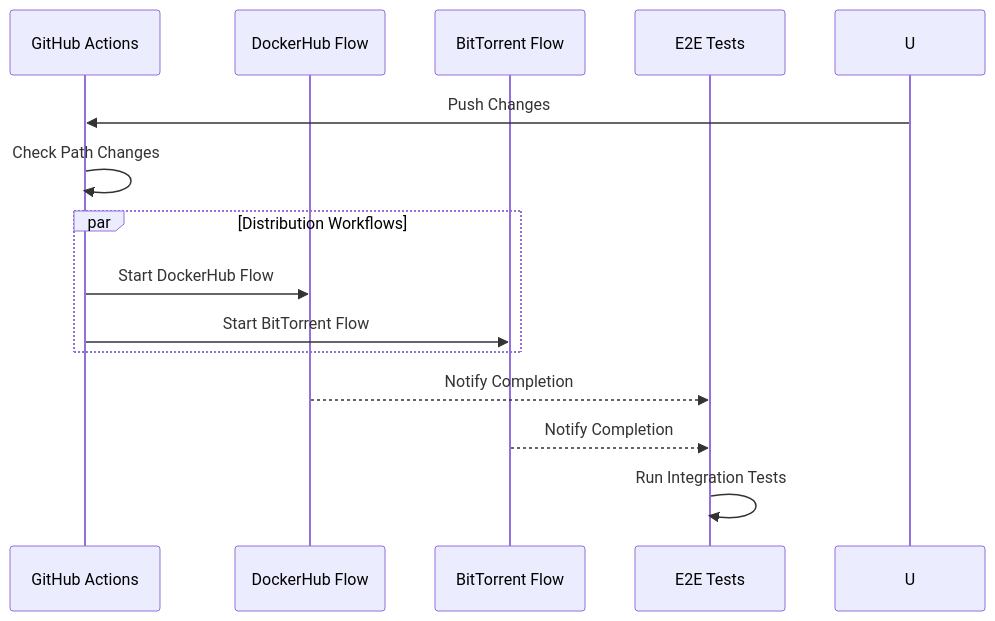
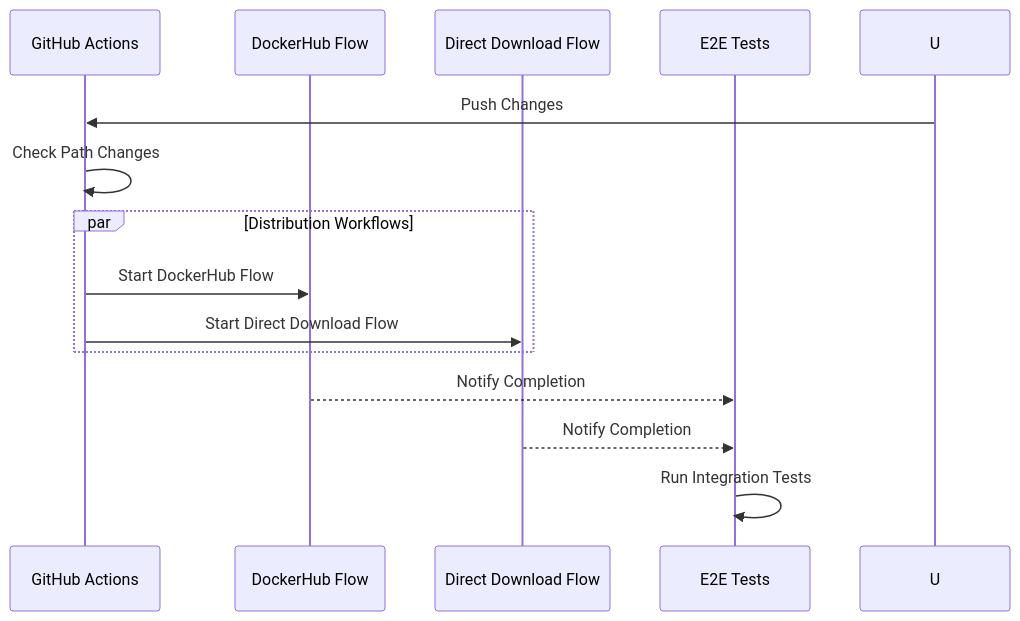
Before and after one commit to BA-CalderonMorales/dev-environment: the diagram in docs/WORKFLOWS.md, drawn with Mermaid. The commit also changed other lines of this file and 35 other files, not shown here.

````diff
--- a/docs/WORKFLOWS.md
+++ b/docs/WORKFLOWS.md
@@ -18,17 +18,17 @@
 ```mermaid
 sequenceDiagram
     participant G as GitHub Actions
     participant D as DockerHub Flow
-    participant B as BitTorrent Flow
+    participant DD as Direct Download Flow
     participant E as E2E Tests
 
     U->>G: Push Changes
     G->>G: Check Path Changes
     par Distribution Workflows
         G->>D: Start DockerHub Flow
-        G->>B: Start BitTorrent Flow
+        G->>DD: Start Direct Download Flow
     end
     D-->>E: Notify Completion
-    B-->>E: Notify Completion
+    DD-->>E: Notify Completion
     E->>E: Run Integration Tests
 ```
````
